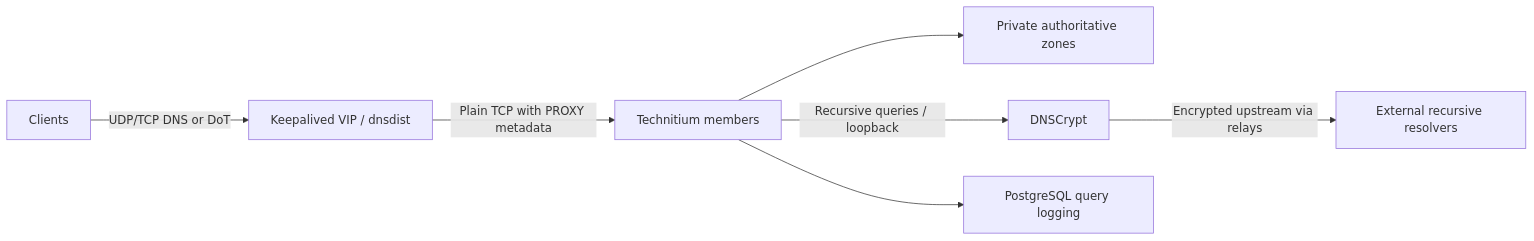
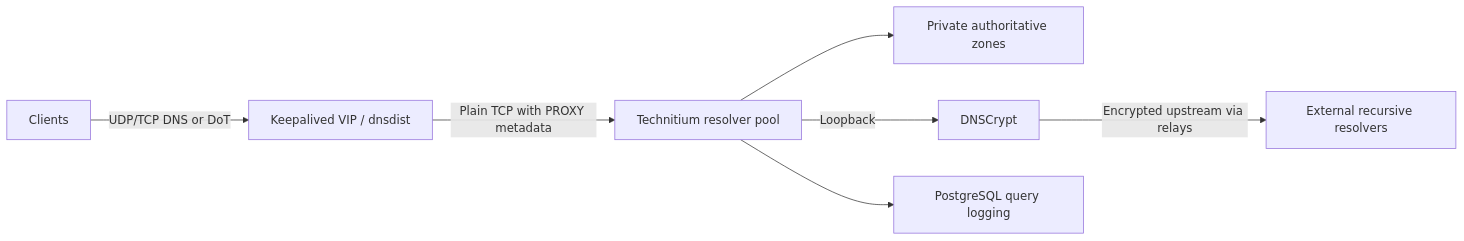
Before and after one commit to BenDManning/homelab: the diagram in docs/services/dns.md, drawn with Mermaid. The commit also changed other lines of this file and 16 other files, not shown here.

````diff
--- a/docs/services/dns.md
+++ b/docs/services/dns.md
@@ -10,9 +8,9 @@
 ```mermaid
 flowchart LR
   C[Clients] -->|UDP/TCP DNS or DoT| V[Keepalived VIP / dnsdist]
-  V -->|Plain TCP with PROXY metadata| T[Technitium members]
+  V -->|Plain TCP with PROXY metadata| T[Technitium resolver pool]
   T --> A[Private authoritative zones]
-  T -->|Recursive queries / loopback| D[DNSCrypt]
+  T -->|Loopback| D[DNSCrypt]
   D -->|Encrypted upstream via relays| U[External recursive resolvers]
   T --> P[PostgreSQL query logging]
 ```
````
